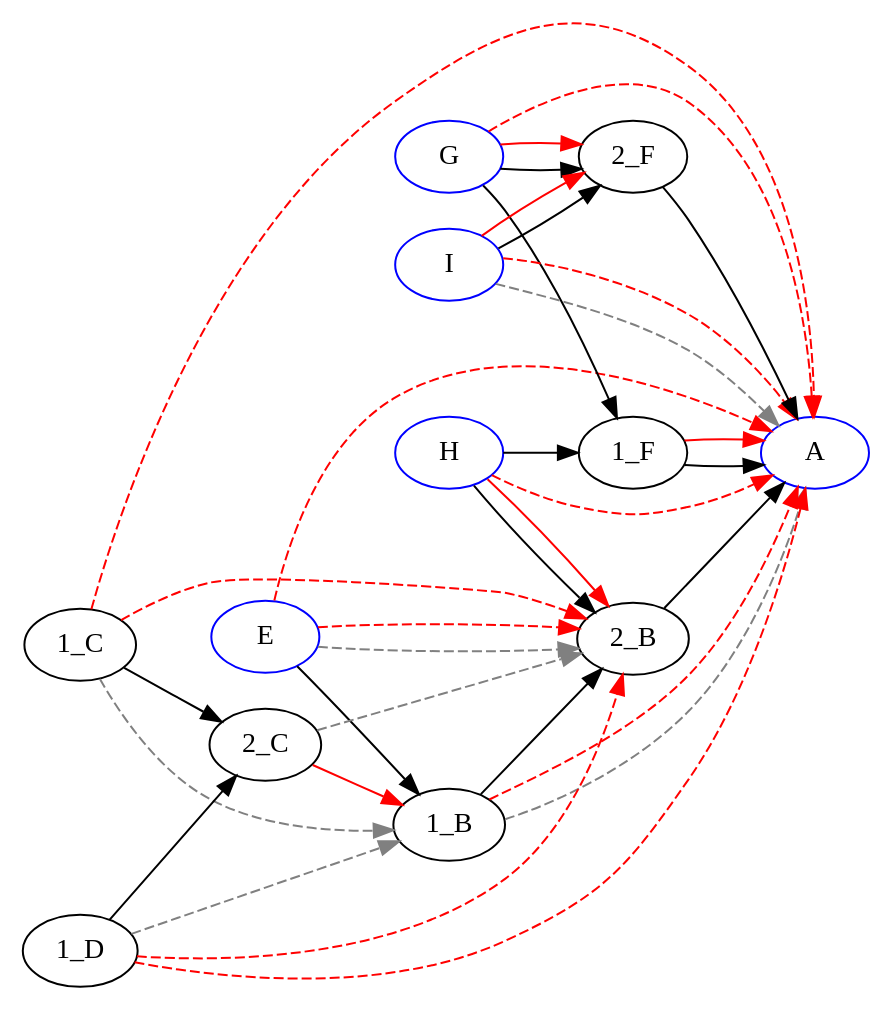
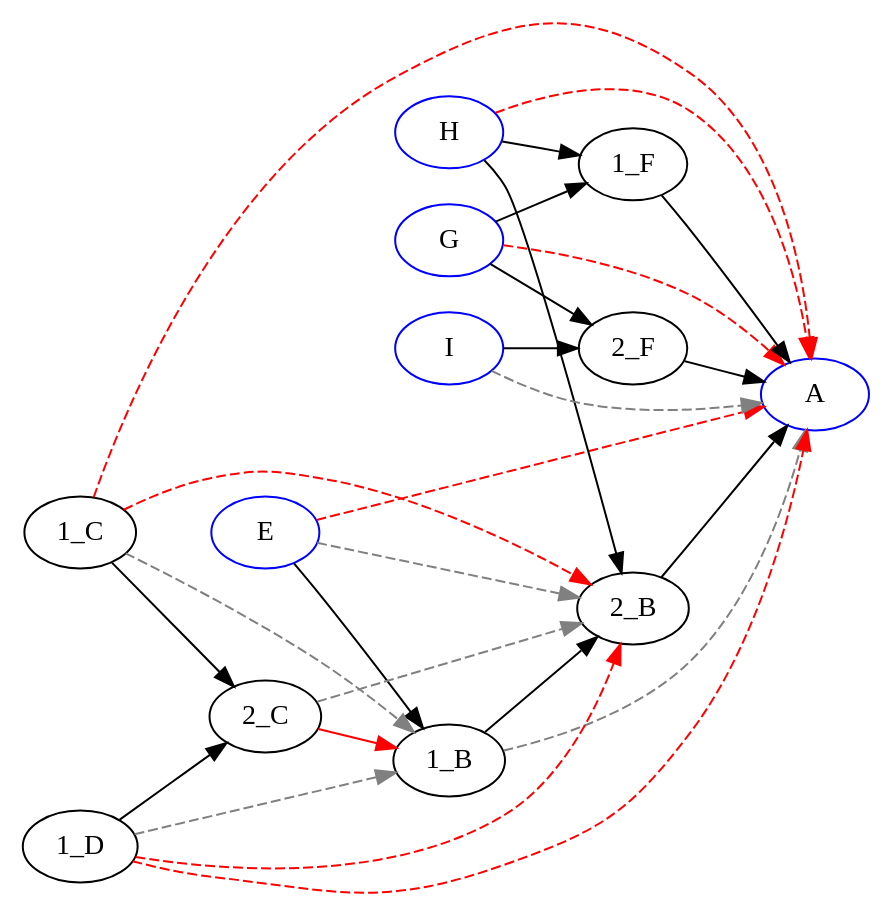
The diagram in example/output/abstract/abstract.dot (EulerProject/EulerX), drawn with Graphviz before and after one commit. The commit also changed 2 other files, not shown here.

```diff
--- a/example/output/abstract/abstract.dot
+++ b/example/output/abstract/abstract.dot
@@ -1,43 +1,36 @@
 digraph {
 
 rankdir = LR
 
 "A" [color=blue];
 "E" [color=blue];
 "G" [color=blue];
 "H" [color=blue];
 "I" [color=blue];
 "1_B" -> "2_B" [style=filled, color=black];
 "1_C" -> "2_C" [style=filled, color=black];
 "1_D" -> "2_C" [style=filled, color=black];
 "2_C" -> "1_B" [style=filled, color=red];
 "1_F" -> "A" [style=filled, color=black];
 "2_B" -> "A" [style=filled, color=black];
 "2_F" -> "A" [style=filled, color=black];
-"1_F" -> "A" [style=filled, color=red];
 "E" -> "1_B" [style=filled, color=black];
 "G" -> "1_F" [style=filled, color=black];
 "G" -> "2_F" [style=filled, color=black];
-"G" -> "2_F" [style=filled, color=red];
 "H" -> "1_F" [style=filled, color=black];
 "H" -> "2_B" [style=filled, color=black];
-"H" -> "2_B" [style=filled, color=red];
 "I" -> "2_F" [style=filled, color=black];
-"I" -> "2_F" [style=filled, color=red];
 "1_C" -> "2_B" [style=dashed, color=red];
 "1_C" -> "A" [style=dashed, color=red];
 "1_D" -> "2_B" [style=dashed, color=red];
 "1_D" -> "A" [style=dashed, color=red];
 "1_B" -> "A" [style=dashed, color=grey];
-"1_B" -> "A" [style=dashed, color=red];
 "1_C" -> "1_B" [style=dashed, color=grey];
 "1_D" -> "1_B" [style=dashed, color=grey];
 "2_C" -> "2_B" [style=dashed, color=grey];
 "E" -> "2_B" [style=dashed, color=grey];
-"E" -> "2_B" [style=dashed, color=red];
 "E" -> "A" [style=dashed, color=red];
 "G" -> "A" [style=dashed, color=red];
 "H" -> "A" [style=dashed, color=red];
 "I" -> "A" [style=dashed, color=grey];
-"I" -> "A" [style=dashed, color=red];
 }
```
